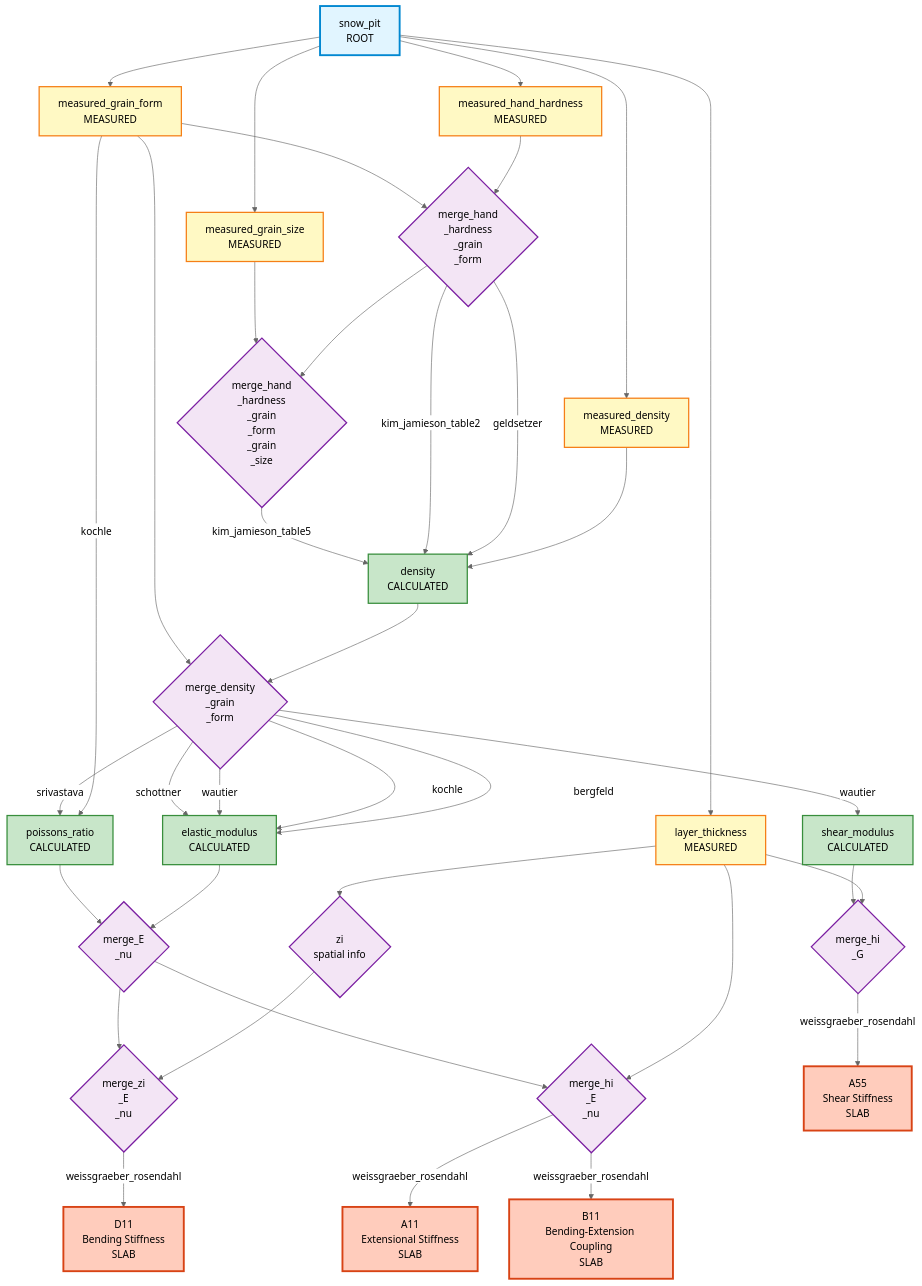
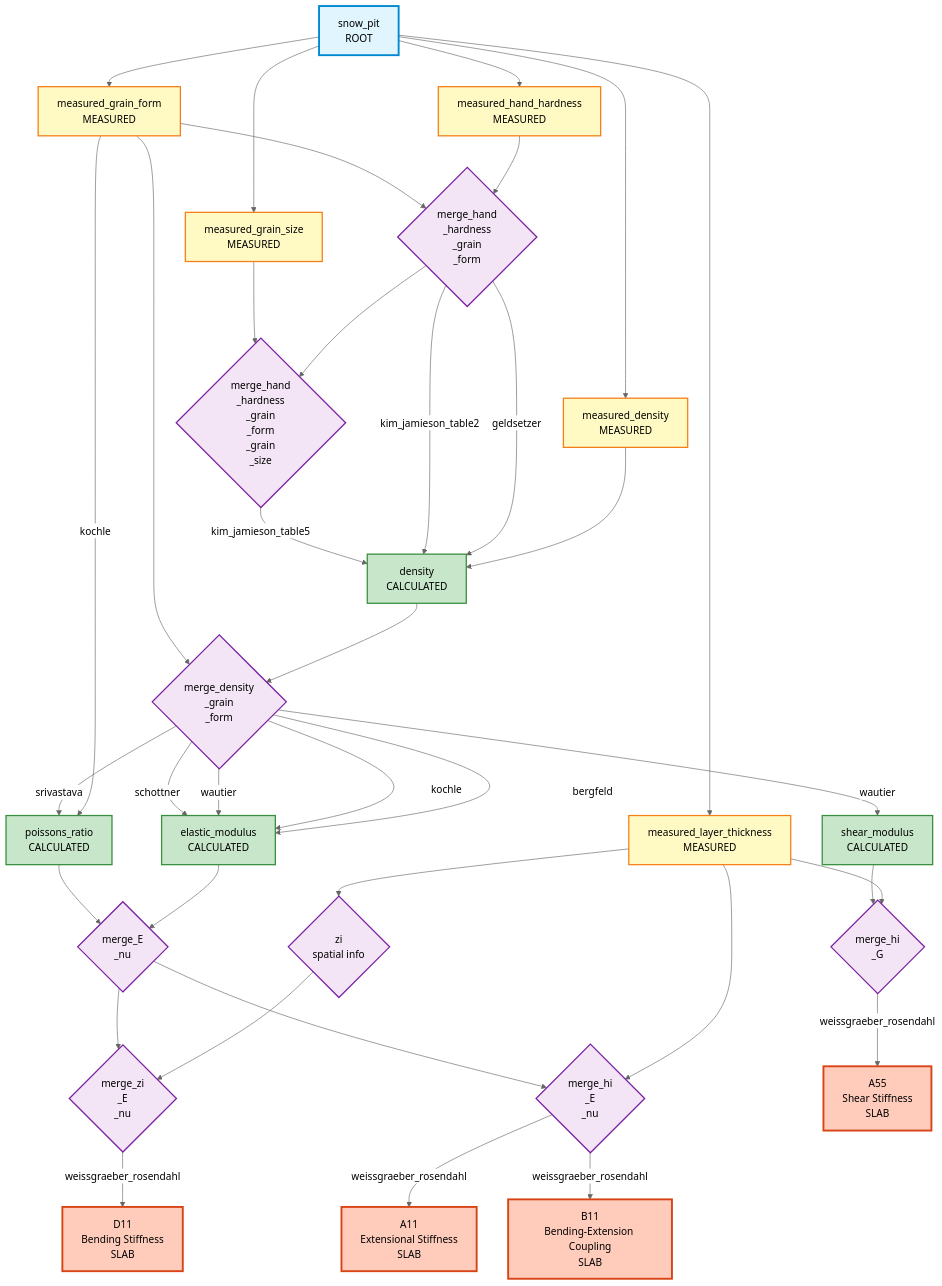
One commit to connellymk/SnowPyt-MechParams changed the diagram in docs/parameter_graph.md. Above: the diagram before and after it, drawn with Mermaid (neutral theme). The commit also changed 12 other files, not shown here.

```diff
--- a/docs/parameter_graph.md
+++ b/docs/parameter_graph.md
@@ -10,7 +10,7 @@
     measured_hand_hardness[measured_hand_hardness<br/>MEASURED]
     measured_grain_form[measured_grain_form<br/>MEASURED]
     measured_grain_size[measured_grain_size<br/>MEASURED]
-    layer_thickness[layer_thickness<br/>MEASURED]
+    measured_layer_thickness[measured_layer_thickness<br/>MEASURED]
     
     %% Layer-level merge nodes
     merge_hand_hardness_grain_form{merge_hand<br/>_hardness<br/>_grain<br/>_form}
@@ -41,7 +41,7 @@
     snow_pit --> measured_hand_hardness
     snow_pit --> measured_grain_form
     snow_pit --> measured_grain_size
-    snow_pit --> layer_thickness
+    snow_pit --> measured_layer_thickness
     
     %% Density pathways
     measured_density --> density
@@ -69,14 +69,14 @@
     merge_density_grain_form -->|wautier| shear_modulus
     
     %% Slab-level calculations
-    layer_thickness --> zi
+    measured_layer_thickness --> zi
     elastic_modulus --> merge_E_nu
     poissons_ratio --> merge_E_nu
     zi --> merge_zi_E_nu
     merge_E_nu --> merge_zi_E_nu
-    layer_thickness --> merge_hi_G
+    measured_layer_thickness --> merge_hi_G
     shear_modulus --> merge_hi_G
-    layer_thickness --> merge_hi_E_nu
+    measured_layer_thickness --> merge_hi_E_nu
     merge_E_nu --> merge_hi_E_nu
     merge_zi_E_nu -->|weissgraeber_rosendahl| D11
     merge_hi_G -->|weissgraeber_rosendahl| A55
@@ -91,7 +91,7 @@
     classDef slabCalc fill:#ffccbc,stroke:#d84315,stroke-width:3px
     
     class snow_pit rootNode
-    class measured_density,measured_hand_hardness,measured_grain_form,measured_grain_size,layer_thickness measuredNode
+    class measured_density,measured_hand_hardness,measured_grain_form,measured_grain_size,measured_layer_thickness measuredNode
     class merge_hand_hardness_grain_form,merge_hand_hardness_grain_form_grain_size,merge_density_grain_form,zi,merge_E_nu,merge_zi_E_nu,merge_hi_G,merge_hi_E_nu mergeNode
     class density,elastic_modulus,poissons_ratio,shear_modulus layerCalc
     class A11,B11,D11,A55 slabCalc
```
